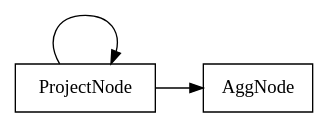
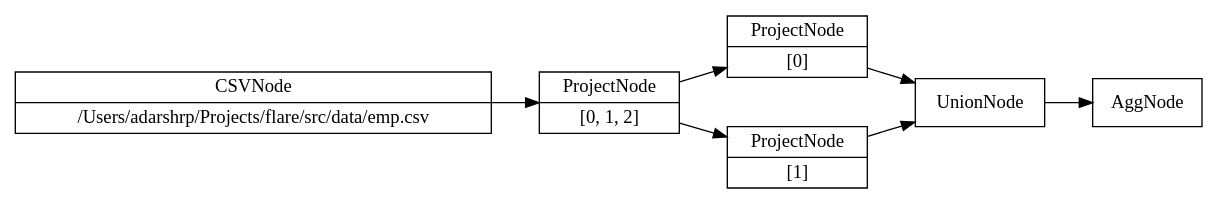
The diagram in src/data/flow.dot (adarshpannu/kona), drawn with Graphviz before and after one commit. The commit also changed 2 other files, not shown here.

Commit message:
Arena-based graphs

```diff
--- a/src/data/flow.dot
+++ b/src/data/flow.dot
@@ -1,10 +1,18 @@
 digraph example1 {
     node [shape=record];
     rankdir=LR;
     splines=polyline;
     nodesep=0.5;
-    Node0[label="ProjectNode"];
-    Node0 -> Node0;
-    Node1[label="AggNode"];
+    Node0[label="CSVNode|/Users/adarshrp/Projects/flare/src/data/emp.csv"];
+    Node1[label="ProjectNode|[0, 1, 2]"];
     Node0 -> Node1;
+    Node2[label="ProjectNode|[0]"];
+    Node1 -> Node2;
+    Node3[label="ProjectNode|[1]"];
+    Node1 -> Node3;
+    Node4[label="UnionNode"];
+    Node3 -> Node4;
+    Node2 -> Node4;
+    Node5[label="AggNode"];
+    Node4 -> Node5;
 }
```
